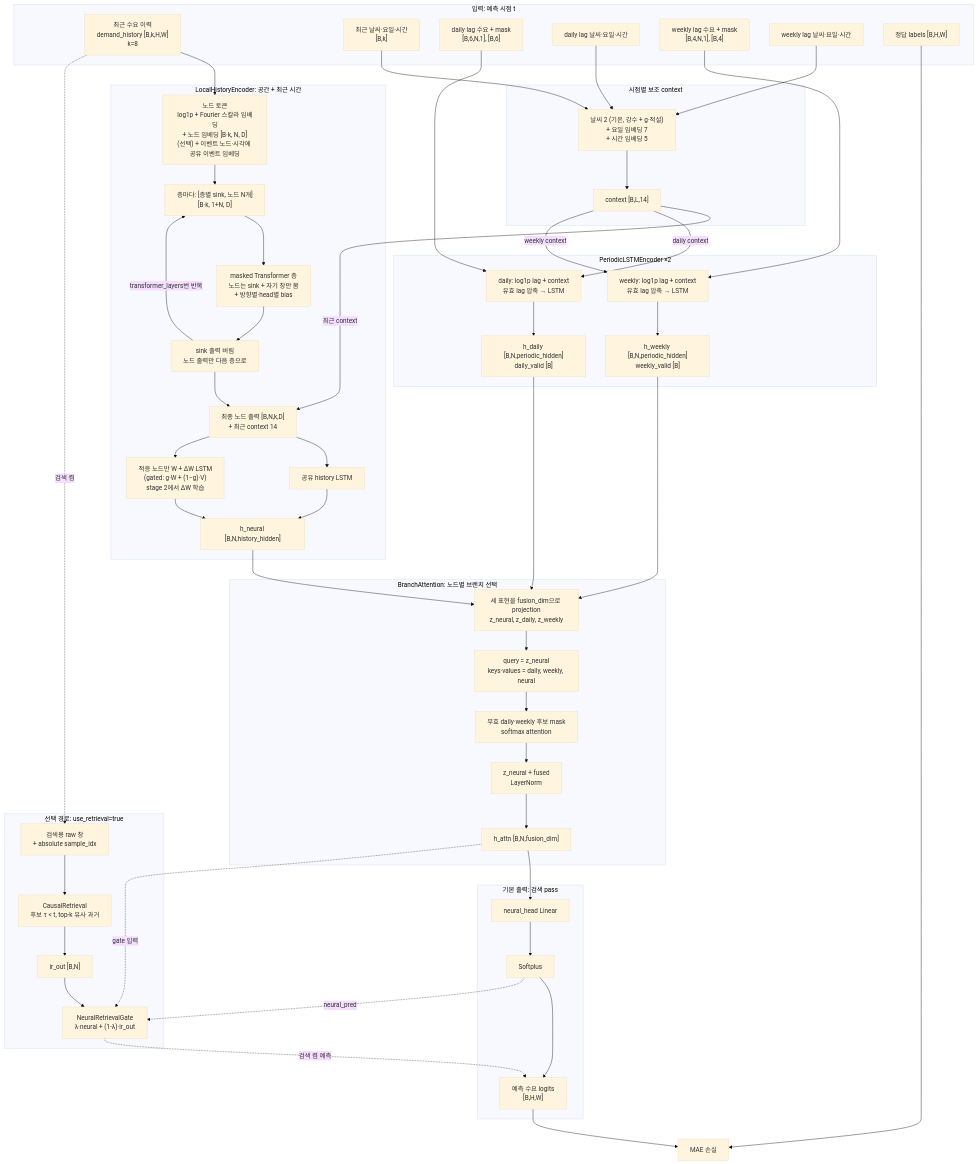
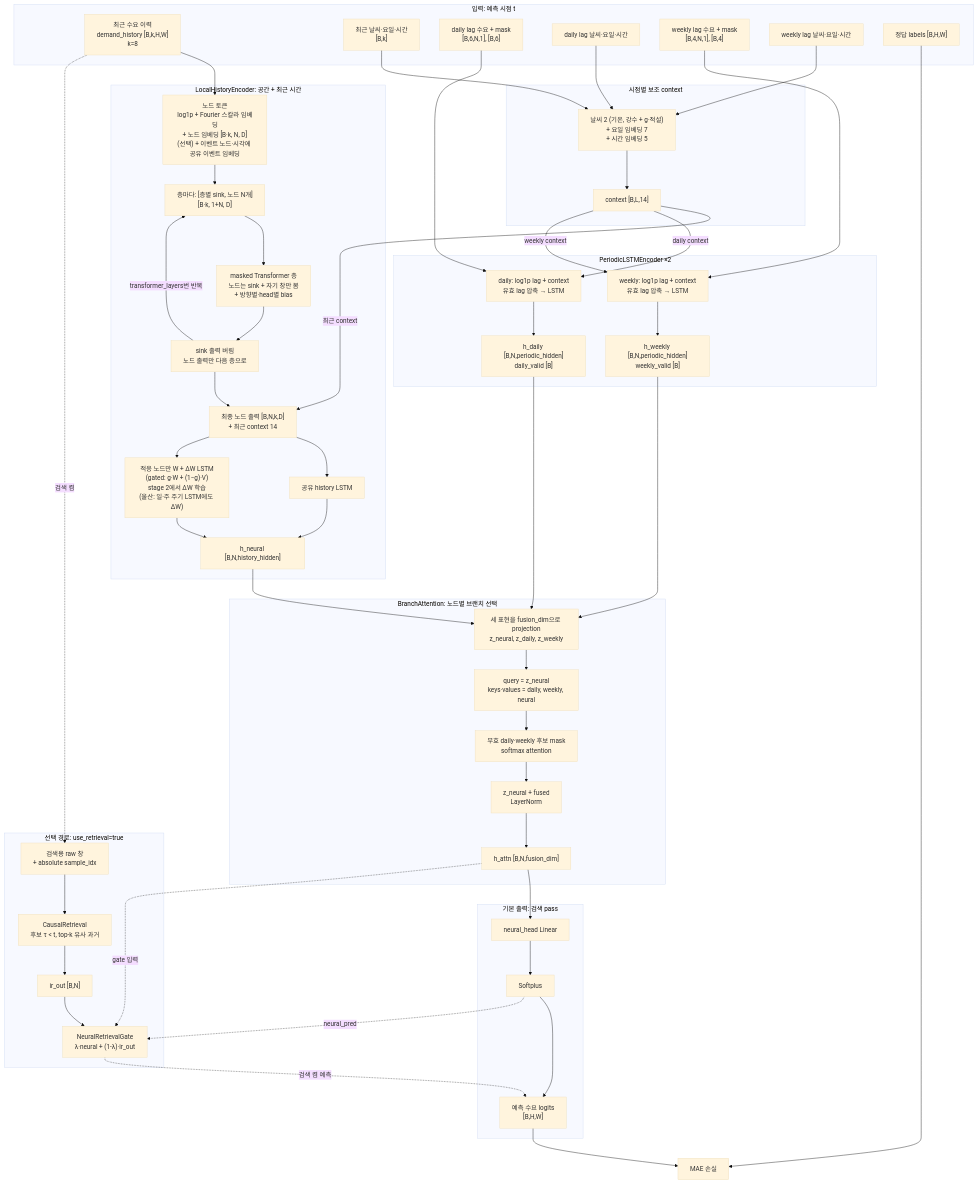
One commit to dev-jake-kim/demandprediction changed the diagram in docs/SPEC.md. Above: the diagram before and after it, drawn with Mermaid (base theme). The commit also changed other lines of this file and 1 other file, not shown here.

```diff
--- a/docs/SPEC.md
+++ b/docs/SPEC.md
@@ -56,7 +56,7 @@
         L4["sink 출력 버림<br/>노드 출력만 다음 층으로"]
         L5["최종 노드 출력 [B,N,k,D]<br/>+ 최근 context 14"]
         L6["공유 history LSTM"]
-        L7["적응 노드만 W + ΔW LSTM<br/>(gated: g·W + (1−g)·V)<br/>stage 2에서 ΔW 학습"]
+        L7["적응 노드만 W + ΔW LSTM<br/>(gated: g·W + (1−g)·V)<br/>stage 2에서 ΔW 학습<br/>(울산: 일·주 주기 LSTM에도 ΔW)"]
         HN["h_neural [B,N,history_hidden]"]
         L1 --> L2 --> L3 --> L4
         L4 -->|"transformer_layers번 반복"| L2
```
